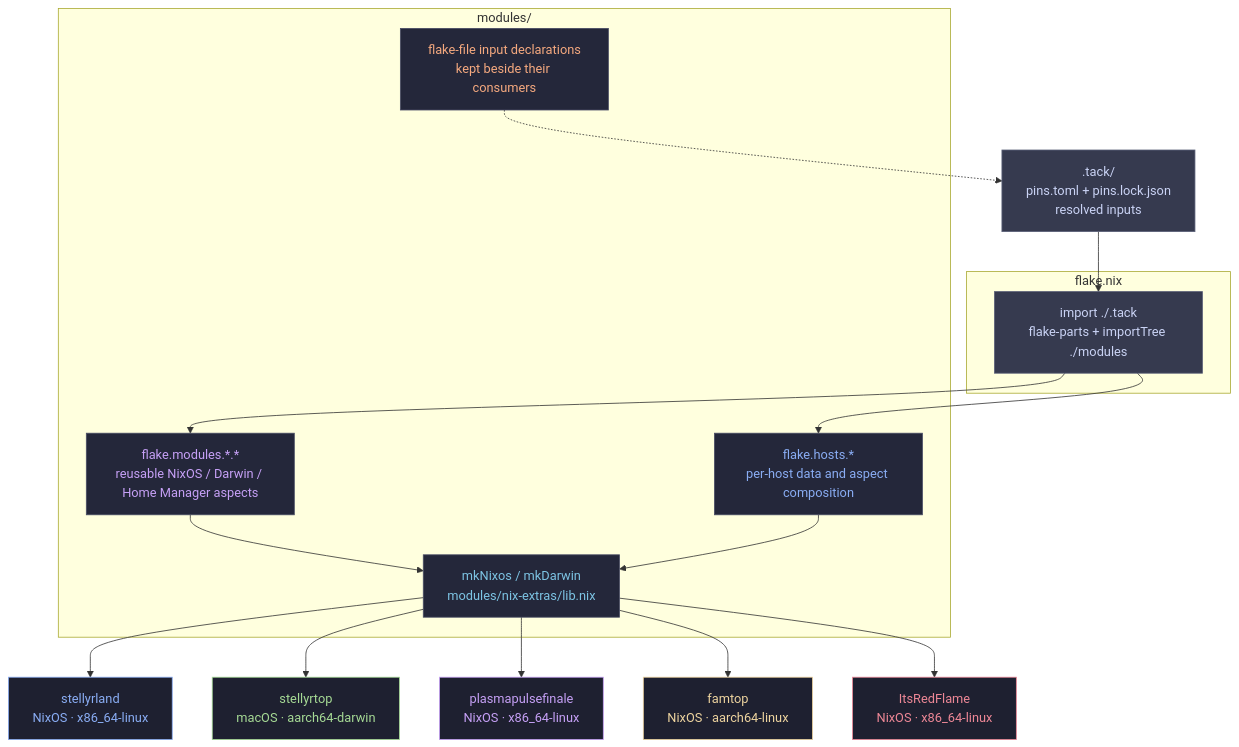
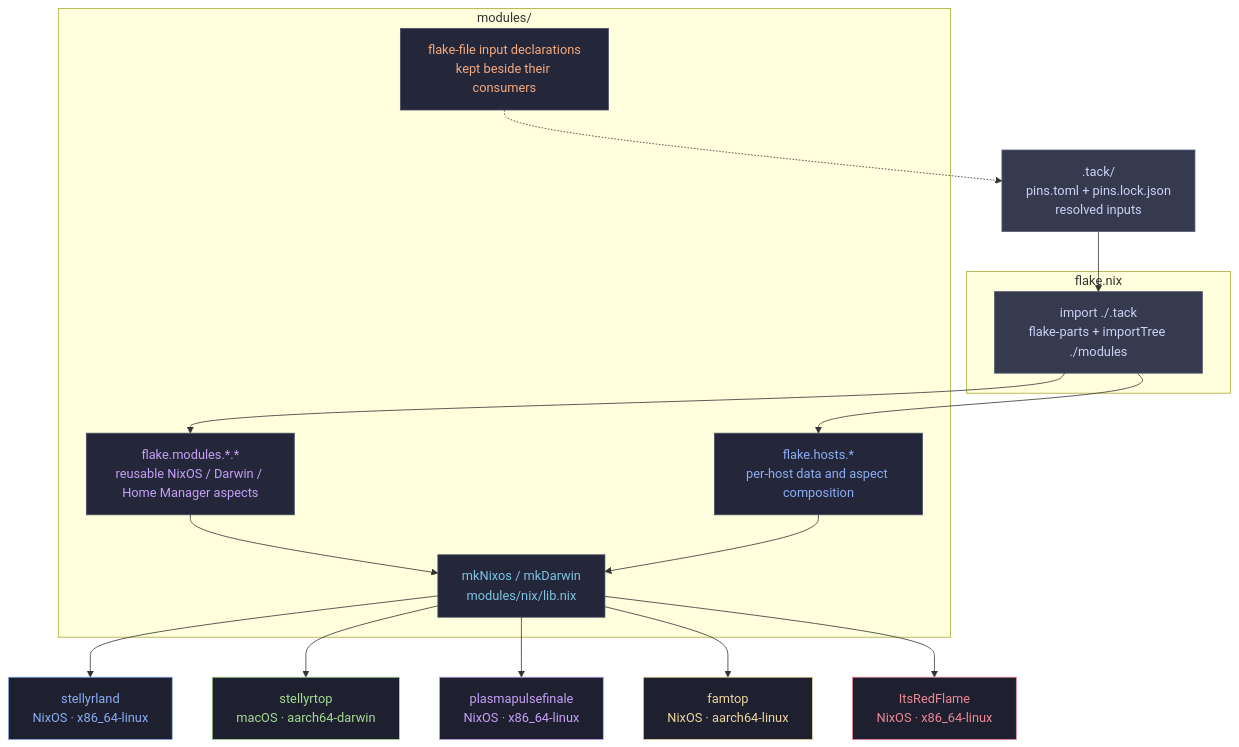
Before and after one commit to iStellanova/Stellyrland: the diagram in README.md, drawn with Mermaid. The commit also changed other lines of this file and 63 other files, not shown here.

````diff
--- a/README.md
+++ b/README.md
@@ -62,39 +62,39 @@
 ```mermaid
 flowchart TD
     TACK[".tack/\npins.toml + pins.lock.json\nresolved inputs"]
 
     subgraph FLAKE["flake.nix"]
         IT["import ./.tack\nflake-parts + importTree ./modules"]
     end
 
     subgraph MODS["modules/"]
         DECL["flake-file input declarations\nkept beside their consumers"]
         AGG["flake.modules.*.*\nreusable NixOS / Darwin / Home Manager aspects"]
         HOSTDATA["flake.hosts.*\nper-host data and aspect composition"]
-        MK["mkNixos / mkDarwin\nmodules/nix-extras/lib.nix"]
+        MK["mkNixos / mkDarwin\nmodules/nix/lib.nix"]
     end
 
     DECL -.-> TACK
     TACK --> IT
     IT --> AGG
     IT --> HOSTDATA
     AGG --> MK
     HOSTDATA --> MK
     MK --> SL["stellyrland\nNixOS · x86_64-linux"]
     MK --> ST["stellyrtop\nmacOS · aarch64-darwin"]
     MK --> PPF["plasmapulsefinale\nNixOS · x86_64-linux"]
     MK --> FT["famtop\nNixOS · aarch64-linux"]
     MK --> IRF["ItsRedFlame\nNixOS · x86_64-linux"]
 
     style TACK fill:#363a4f,color:#cad3f5,stroke:#5b6078
     style IT fill:#363a4f,color:#cad3f5,stroke:#5b6078
     style DECL fill:#24273a,color:#f5a97f,stroke:#494d64
     style AGG fill:#24273a,color:#c6a0f6,stroke:#494d64
     style HOSTDATA fill:#24273a,color:#8aadf4,stroke:#494d64
     style MK fill:#24273a,color:#7dc4e4,stroke:#494d64
     style SL fill:#1e2030,color:#8aadf4,stroke:#8aadf4
     style ST fill:#1e2030,color:#a6da95,stroke:#a6da95
     style PPF fill:#1e2030,color:#c6a0f6,stroke:#c6a0f6
     style FT fill:#1e2030,color:#eed49f,stroke:#eed49f
     style IRF fill:#1e2030,color:#ed8796,stroke:#ed8796
 ```
````
